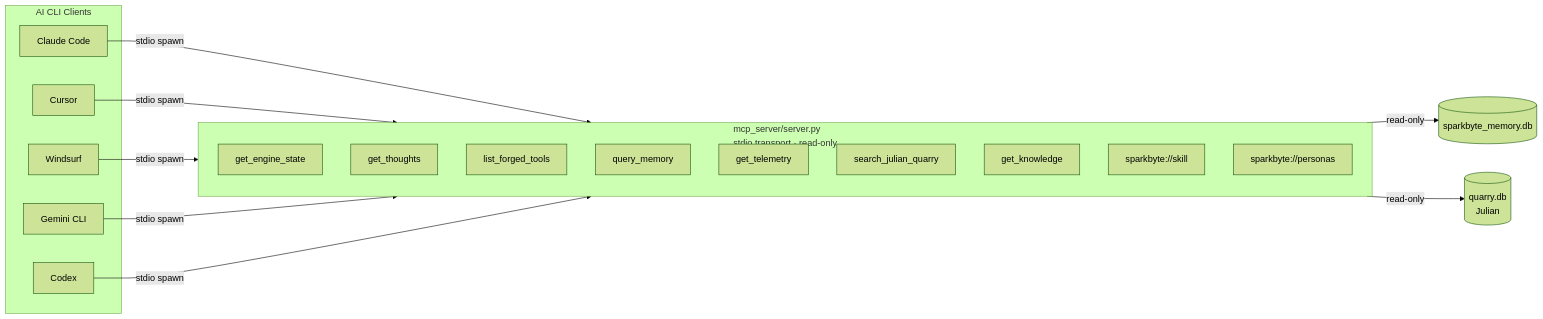
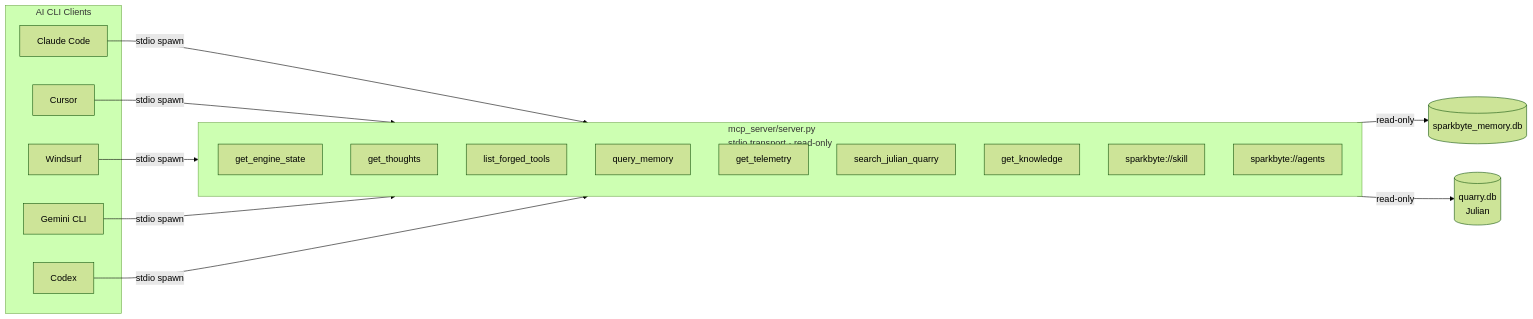
The sixth of 6 diagrams in README.md (jaden688/JL_Engine-SB.Omni), drawn with Mermaid (forest theme) before and after one commit. The commit also changed other lines of this file and 79 other files, not shown here.

````diff
--- a/README.md
+++ b/README.md
@@ -184,34 +184,34 @@
 ```mermaid
 graph LR
     subgraph CLIENTS["AI CLI Clients"]
         CC["Claude Code"]
         CUR["Cursor"]
         WS["Windsurf"]
         GEM["Gemini CLI"]
         COD["Codex"]
     end
 
     subgraph MCP["mcp_server/server.py\nstdio transport · read-only"]
         T1["get_engine_state"]
         T2["get_thoughts"]
         T3["list_forged_tools"]
         T4["query_memory"]
         T5["get_telemetry"]
         T6["search_julian_quarry"]
         T7["get_knowledge"]
         R1["sparkbyte://skill"]
-        R2["sparkbyte://personas"]
+        R2["sparkbyte://agents"]
     end
 
     DB[("sparkbyte_memory.db")]
     JDB[("quarry.db\nJulian")]
 
     CC -->|stdio spawn| MCP
     CUR -->|stdio spawn| MCP
     WS -->|stdio spawn| MCP
     GEM -->|stdio spawn| MCP
     COD -->|stdio spawn| MCP
 
     MCP -->|read-only| DB
     MCP -->|read-only| JDB
 ```
````
